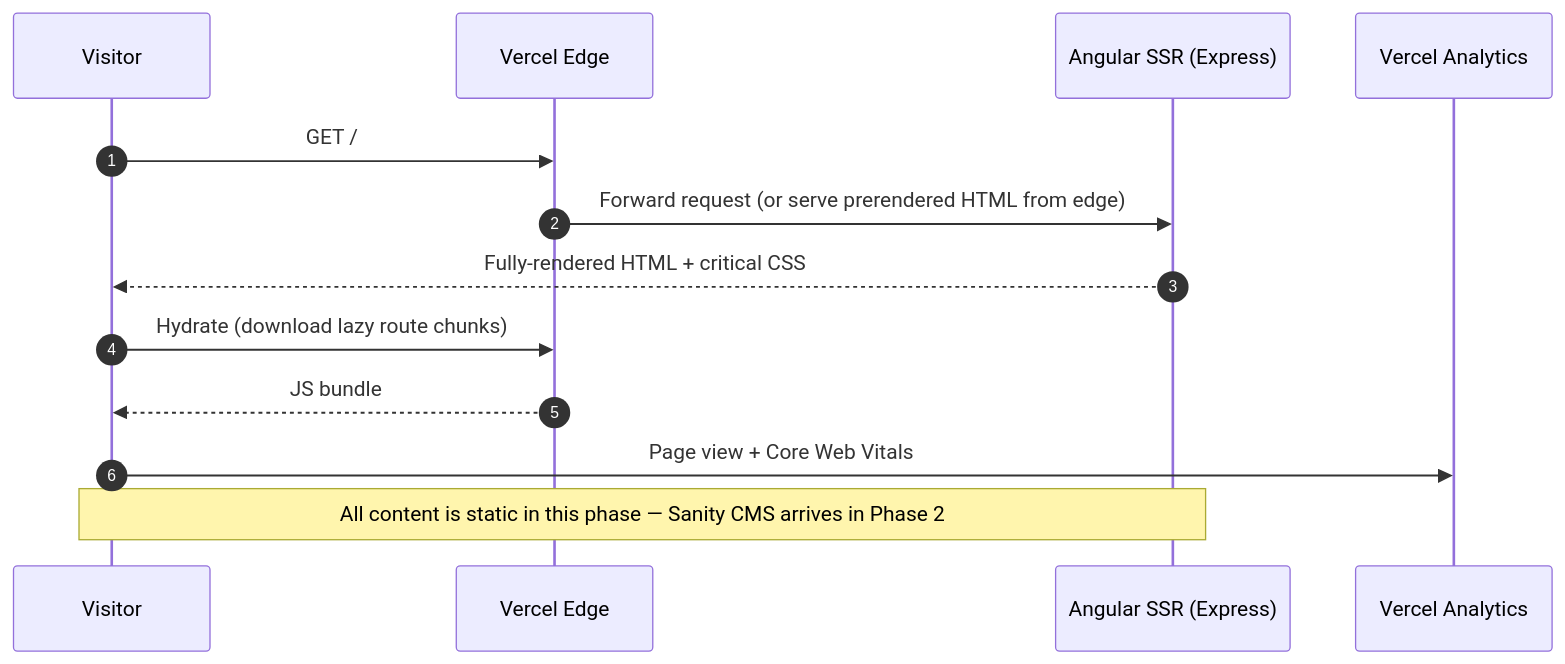
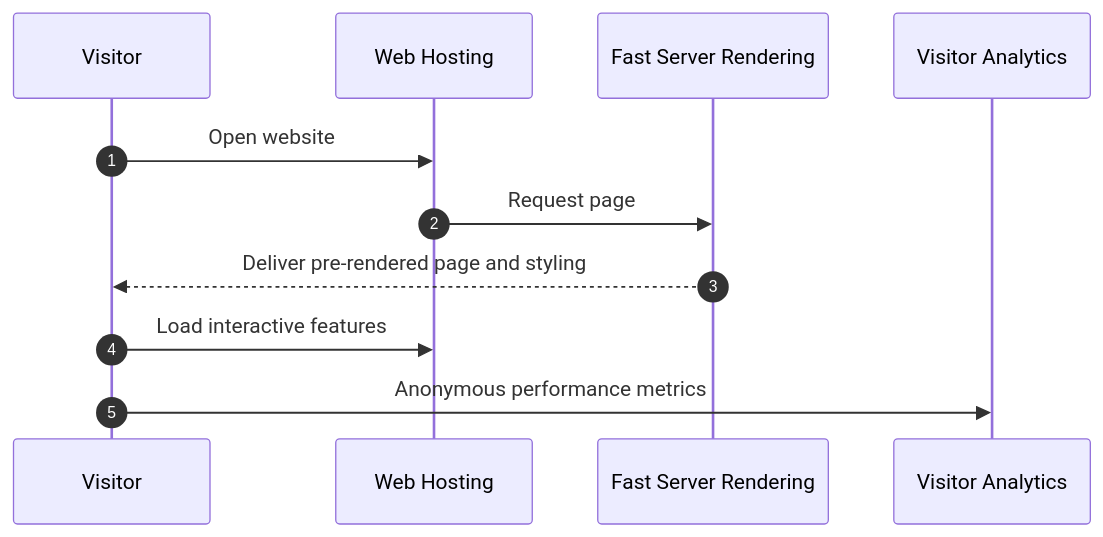
Before and after one commit to Builder106/jesus-house: the diagram in README.md, drawn with Mermaid. The commit also changed other lines of this file, not shown here.

Commit message:
docs: update README to enhance clarity and detail about church services and website functionality

````diff
--- a/README.md
+++ b/README.md
@@ -18,16 +26,14 @@
 ```mermaid
 sequenceDiagram
     autonumber
     participant Visitor
-    participant Vercel as Vercel Edge
-    participant SSR as Angular SSR (Express)
-    participant Analytics as Vercel Analytics
+    participant Vercel as Web Hosting
+    participant SSR as Fast Server Rendering
+    participant Analytics as Visitor Analytics
 
-    Visitor->>Vercel: GET /
-    Vercel->>SSR: Forward request (or serve prerendered HTML from edge)
-    SSR-->>Visitor: Fully-rendered HTML + critical CSS
-    Visitor->>Vercel: Hydrate (download lazy route chunks)
-    Vercel-->>Visitor: JS bundle
-    Visitor->>Analytics: Page view + Core Web Vitals
-    Note over Visitor,SSR: All content is static in this phase — Sanity CMS arrives in Phase 2
+    Visitor->>Vercel: Open website
+    Vercel->>SSR: Request page
+    SSR-->>Visitor: Deliver pre-rendered page and styling
+    Visitor->>Vercel: Load interactive features
+    Visitor->>Analytics: Anonymous performance metrics
 ```
````
